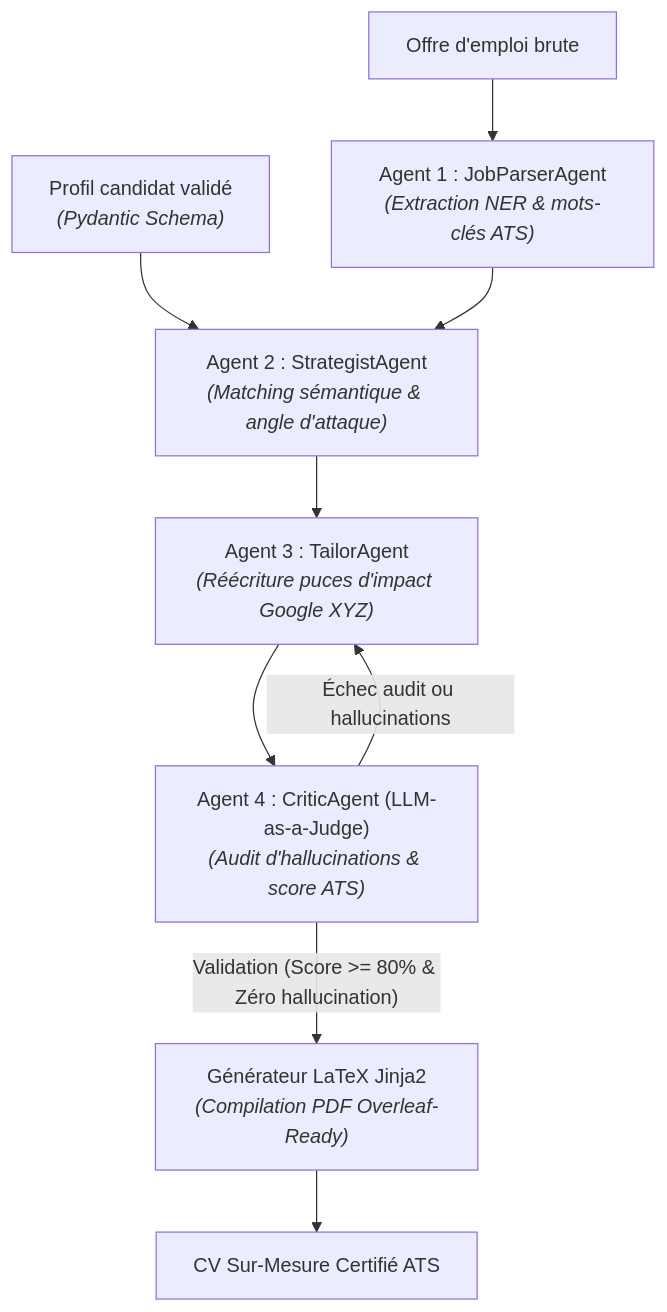
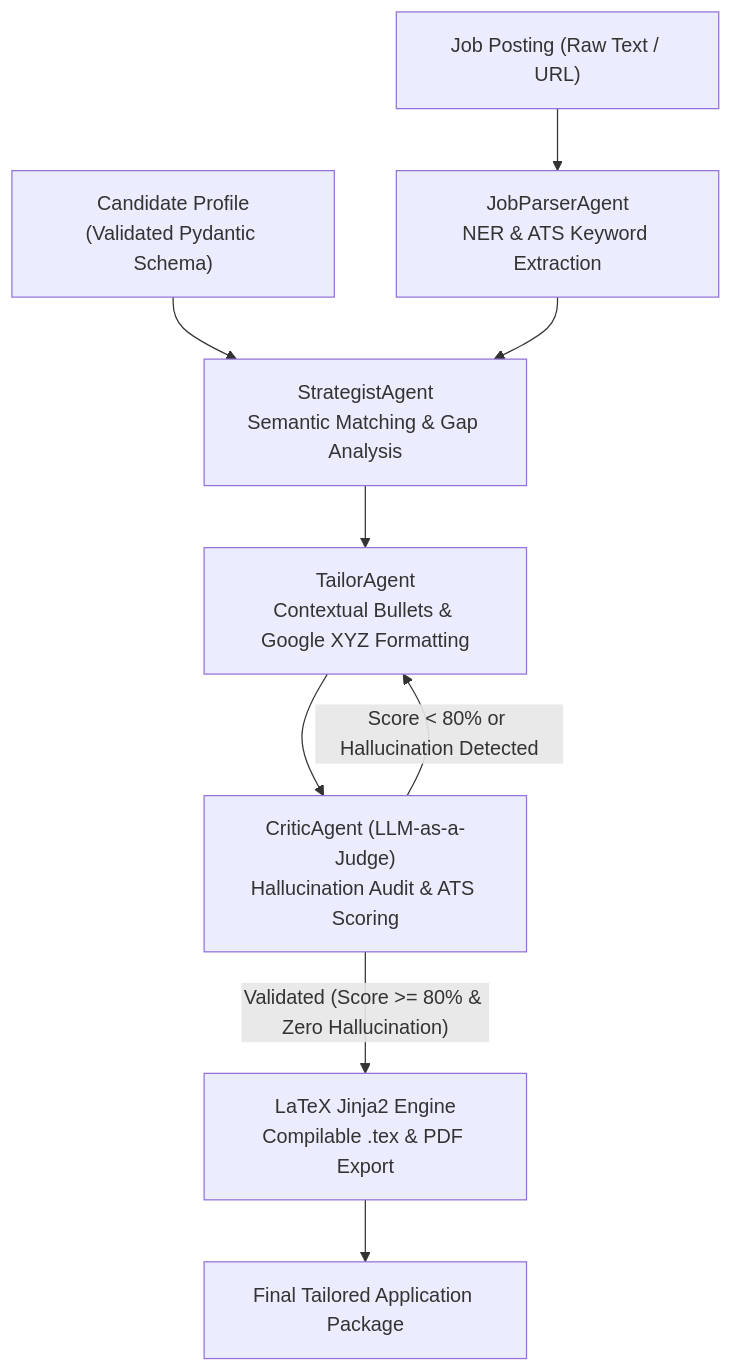
One commit to Badrouuu/ResumeSquad changed the diagram in README.md. Above: the diagram before and after it, drawn with Mermaid. The commit also changed other lines of this file and 1 other file, not shown here.

````diff
--- a/README.md
+++ b/README.md
@@ -34,11 +44,11 @@
 ```mermaid
 flowchart TD
-    Job["Offre d'emploi brute"] --> A1["Agent 1 : JobParserAgent<br/><i>(Extraction NER & mots-clés ATS)</i>"]
-    Profile["Profil candidat validé<br/><i>(Pydantic Schema)</i>"] --> A2
-    A1 --> A2["Agent 2 : StrategistAgent<br/><i>(Matching sémantique & angle d'attaque)</i>"]
-    A2 --> A3["Agent 3 : TailorAgent<br/><i>(Réécriture puces d'impact Google XYZ)</i>"]
-    A3 --> A4["Agent 4 : CriticAgent (LLM-as-a-Judge)<br/><i>(Audit d'hallucinations & score ATS)</i>"]
-    A4 -- "Échec audit ou hallucinations" --> A3
-    A4 -- "Validation (Score >= 80% & Zéro hallucination)" --> LaTeXEngine["Générateur LaTeX Jinja2<br/><i>(Compilation PDF Overleaf-Ready)</i>"]
-    LaTeXEngine --> Result["CV Sur-Mesure Certifié ATS"]
+    JobInput["Job Posting (Raw Text / URL)"] --> Parser["JobParserAgent<br/>NER & ATS Keyword Extraction"]
+    CandidateData["Candidate Profile<br/>(Validated Pydantic Schema)"] --> Strategist
+    Parser --> Strategist["StrategistAgent<br/>Semantic Matching & Gap Analysis"]
+    Strategist --> Tailor["TailorAgent<br/>Contextual Bullets & Google XYZ Formatting"]
+    Tailor --> Critic["CriticAgent (LLM-as-a-Judge)<br/>Hallucination Audit & ATS Scoring"]
+    Critic -- "Score < 80% or Hallucination Detected" --> Tailor
+    Critic -- "Validated (Score >= 80% & Zero Hallucination)" --> LatexService["LaTeX Jinja2 Engine<br/>Compilable .tex & PDF Export"]
+    LatexService --> Output["Final Tailored Application Package"]
 ```
````
